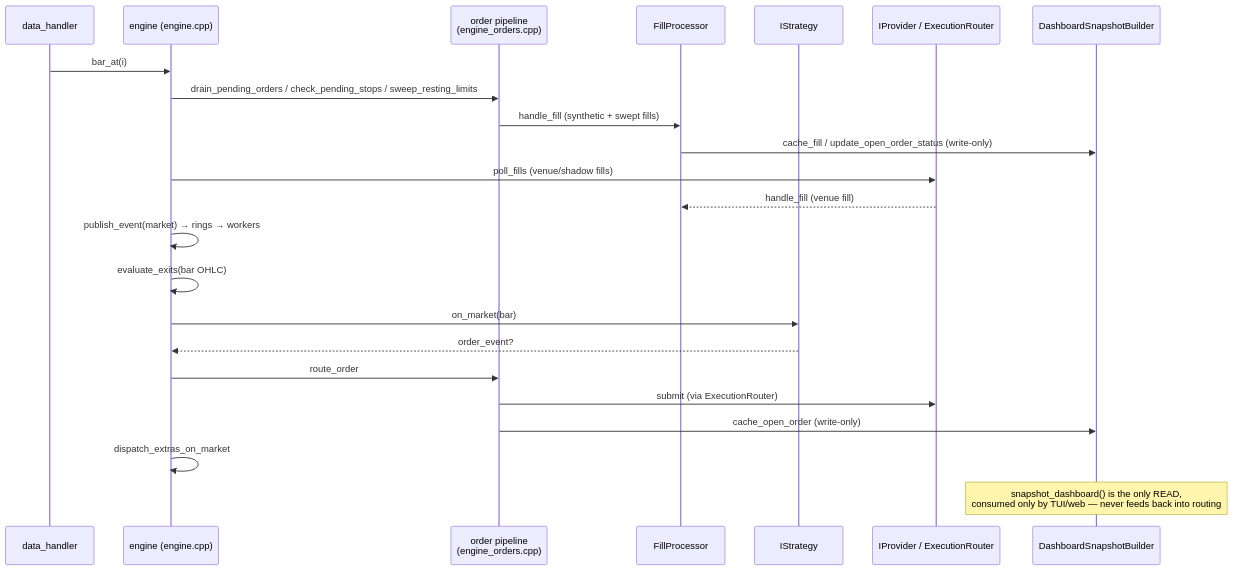
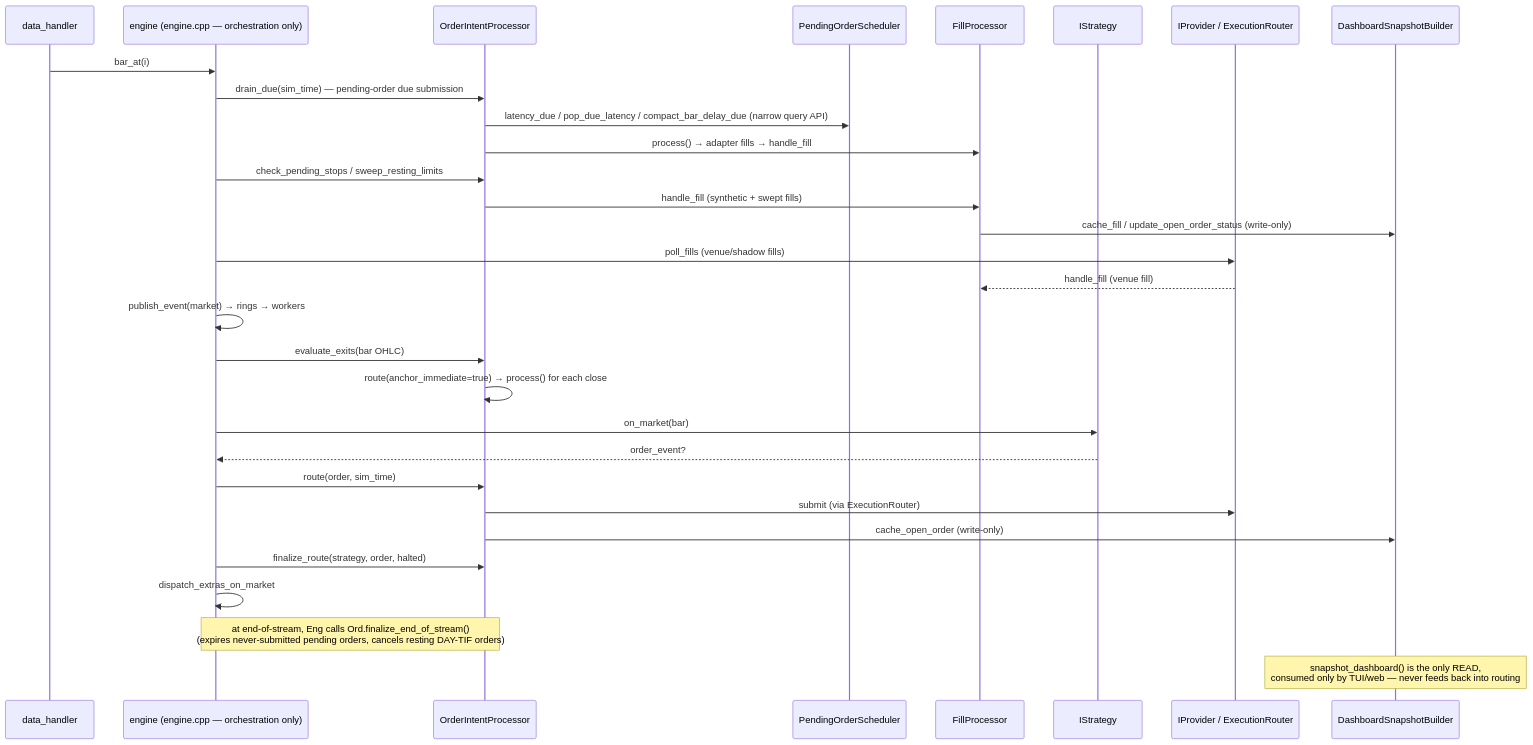
The second of 2 diagrams in docs/architecture/05-engine-boundaries.md (LeonardFoerster/truetest-core), drawn with Mermaid before and after one commit. The commit also changed other lines of this file and 4 other files, not shown here.

````diff
--- a/docs/architecture/05-engine-boundaries.md
+++ b/docs/architecture/05-engine-boundaries.md
@@ -73,26 +95,33 @@
 ```mermaid
 sequenceDiagram
     participant Data as data_handler
-    participant Eng as engine (engine.cpp)
-    participant Ord as order pipeline<br/>(engine_orders.cpp)
+    participant Eng as engine (engine.cpp — orchestration only)
+    participant Ord as OrderIntentProcessor
+    participant Sched as PendingOrderScheduler
     participant Fill as FillProcessor
     participant Strat as IStrategy
     participant Prov as IProvider / ExecutionRouter
     participant Dsb as DashboardSnapshotBuilder
 
     Data->>Eng: bar_at(i)
-    Eng->>Ord: drain_pending_orders / check_pending_stops / sweep_resting_limits
+    Eng->>Ord: drain_due(sim_time) — pending-order due submission
+    Ord->>Sched: latency_due / pop_due_latency / compact_bar_delay_due (narrow query API)
+    Ord->>Fill: process() → adapter fills → handle_fill
+    Eng->>Ord: check_pending_stops / sweep_resting_limits
     Ord->>Fill: handle_fill (synthetic + swept fills)
     Fill->>Dsb: cache_fill / update_open_order_status (write-only)
     Eng->>Prov: poll_fills (venue/shadow fills)
     Prov-->>Fill: handle_fill (venue fill)
     Eng->>Eng: publish_event(market) → rings → workers
-    Eng->>Eng: evaluate_exits(bar OHLC)
+    Eng->>Ord: evaluate_exits(bar OHLC)
+    Ord->>Ord: route(anchor_immediate=true) → process() for each close
     Eng->>Strat: on_market(bar)
     Strat-->>Eng: order_event?
-    Eng->>Ord: route_order
+    Eng->>Ord: route(order, sim_time)
     Ord->>Prov: submit (via ExecutionRouter)
     Ord->>Dsb: cache_open_order (write-only)
+    Eng->>Ord: finalize_route(strategy, order, halted)
     Eng->>Eng: dispatch_extras_on_market
+    Note over Eng,Ord: at end-of-stream, Eng calls Ord.finalize_end_of_stream()<br/>(expires never-submitted pending orders, cancels resting DAY-TIF orders)
     Note over Dsb: snapshot_dashboard() is the only READ,<br/>consumed only by TUI/web — never feeds back into routing
 ```
````
